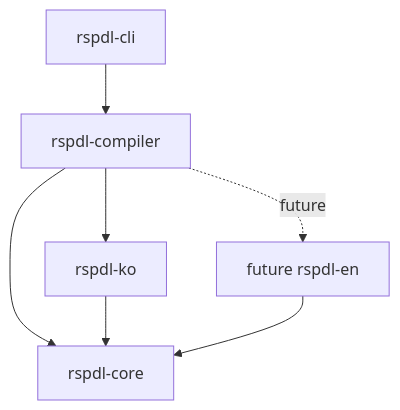
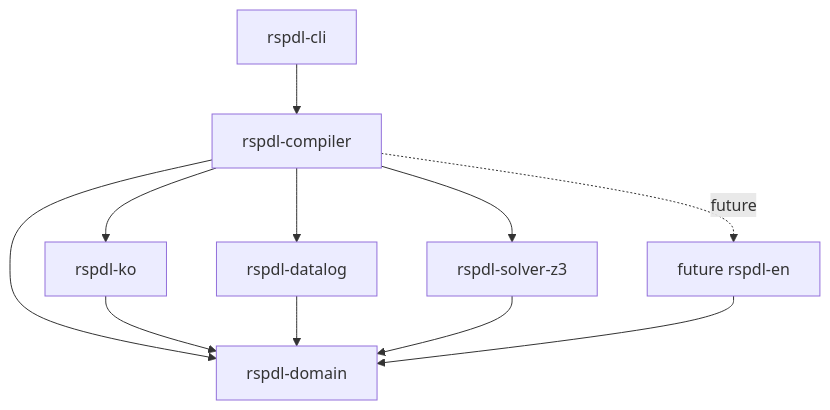
Before and after one commit to rspdl/rspdl-core: the first of 2 diagrams in docs/architecture.md, drawn with Mermaid. The commit also changed other lines of this file and 7 other files, not shown here.

````diff
--- a/docs/architecture.md
+++ b/docs/architecture.md
@@ -97,9 +100,13 @@
 ```mermaid
 flowchart TD
     CLI["rspdl-cli"] --> COMPILER["rspdl-compiler"]
     COMPILER --> KO["rspdl-ko"]
-    COMPILER --> CORE["rspdl-core"]
-    KO --> CORE
-    EN["future rspdl-en"] --> CORE
+    COMPILER --> DOMAIN["rspdl-domain"]
+    COMPILER --> DATALOG["rspdl-datalog"]
+    COMPILER --> Z3["rspdl-solver-z3"]
+    KO --> DOMAIN
+    DATALOG --> DOMAIN
+    Z3 --> DOMAIN
+    EN["future rspdl-en"] --> DOMAIN
     COMPILER -. "future" .-> EN
 ```
````
